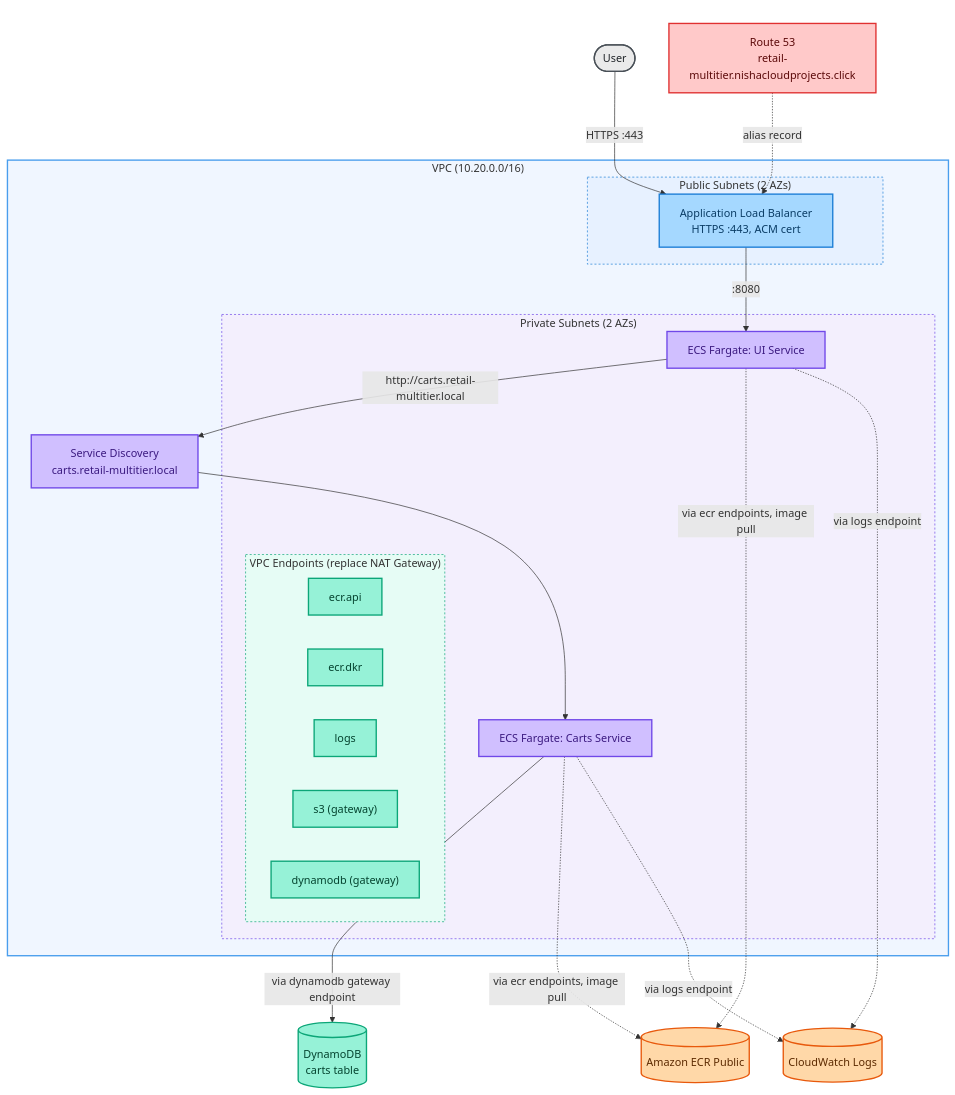
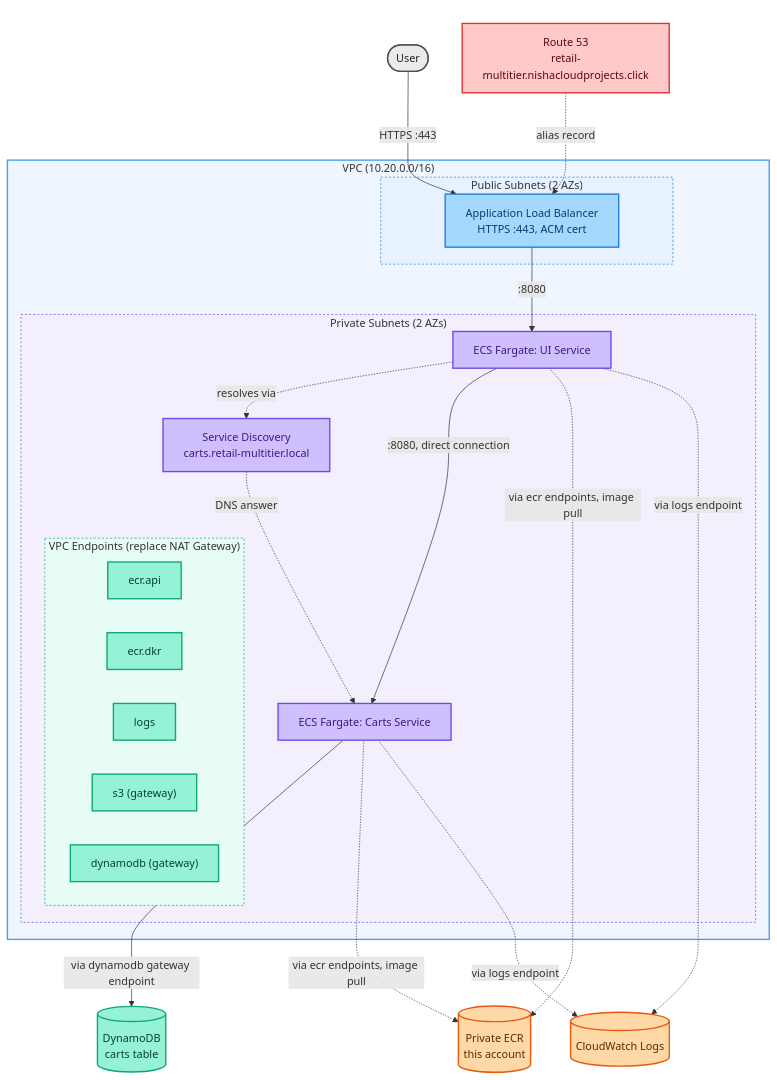
Before and after one commit to Nisha318/retail-ecs-fargate-multitier: the diagram in README.md, drawn with Mermaid. The commit also changed other lines of this file and 14 other files, not shown here.

Commit message:
Enhance CI pipeline and documentation: implement OIDC authentication for Trivy, mirror public ECR images to private repository, and update architecture diagrams and README for clarity.

````diff
--- a/README.md
+++ b/README.md
@@ -9,63 +9,63 @@
 ```mermaid
 flowchart TB
     subgraph Internet[" "]
         User([User])
         R53[Route 53<br/>retail-multitier.nishacloudprojects.click]
     end
 
     subgraph VPC["VPC (10.20.0.0/16)"]
         subgraph Public["Public Subnets (2 AZs)"]
             ALB[Application Load Balancer<br/>HTTPS :443, ACM cert]
         end
 
         subgraph Private["Private Subnets (2 AZs)"]
             UI["ECS Fargate: UI Service"]
             Carts["ECS Fargate: Carts Service"]
+            SD["Service Discovery<br/>carts.retail-multitier.local"]
 
             subgraph Endpoints["VPC Endpoints (replace NAT Gateway)"]
                 EcrApi["ecr.api"]
                 EcrDkr["ecr.dkr"]
                 LogsEp["logs"]
                 S3Ep["s3 (gateway)"]
                 DdbEp["dynamodb (gateway)"]
             end
         end
-
-        SD["Service Discovery<br/>carts.retail-multitier.local"]
     end
 
     DDB[(DynamoDB<br/>carts table)]
     CW[(CloudWatch Logs)]
-    ECR[(Amazon ECR Public)]
+    ECR[(Private ECR<br/>this account)]
 
     R53 -.->|alias record| ALB
     User -->|HTTPS :443| ALB
     ALB -->|:8080| UI
-    UI -->|http://carts.retail-multitier.local| SD
-    SD --> Carts
+    UI -.->|resolves via| SD
+    SD -.->|DNS answer| Carts
+    UI -->|:8080, direct connection| Carts
     Carts -->|via dynamodb gateway endpoint| DDB
     UI -.->|via ecr endpoints, image pull| ECR
     Carts -.->|via ecr endpoints, image pull| ECR
     UI -.->|via logs endpoint| CW
     Carts -.->|via logs endpoint| CW
 
     classDef publicNode fill:#a5d8ff,stroke:#1c7ed6,stroke-width:2px,color:#0b3d66
     classDef computeNode fill:#d0bfff,stroke:#7048e8,stroke-width:2px,color:#3b1a80
     classDef dataNode fill:#96f2d7,stroke:#0ca678,stroke-width:2px,color:#04432f
     classDef externalNode fill:#ffd8a8,stroke:#e8590c,stroke-width:2px,color:#5c2a00
     classDef dnsNode fill:#ffc9c9,stroke:#e03131,stroke-width:2px,color:#5c0a0a
     classDef userNode fill:#eaeaea,stroke:#495057,stroke-width:2px,color:#212529
 
     class User userNode
     class R53 dnsNode
     class ALB publicNode
     class UI,Carts,SD computeNode
     class EcrApi,EcrDkr,LogsEp,S3Ep,DdbEp,DDB dataNode
     class CW,ECR externalNode
 
     style VPC fill:#f0f6ff,stroke:#4a9eed,stroke-width:2px
     style Public fill:#e7f1ff,stroke:#1c7ed6,stroke-width:1px,stroke-dasharray: 3 3
     style Private fill:#f3effd,stroke:#7048e8,stroke-width:1px,stroke-dasharray: 3 3
     style Endpoints fill:#e6fcf5,stroke:#0ca678,stroke-width:1px,stroke-dasharray: 3 3
     style Internet fill:none,stroke:none
 ```
````
